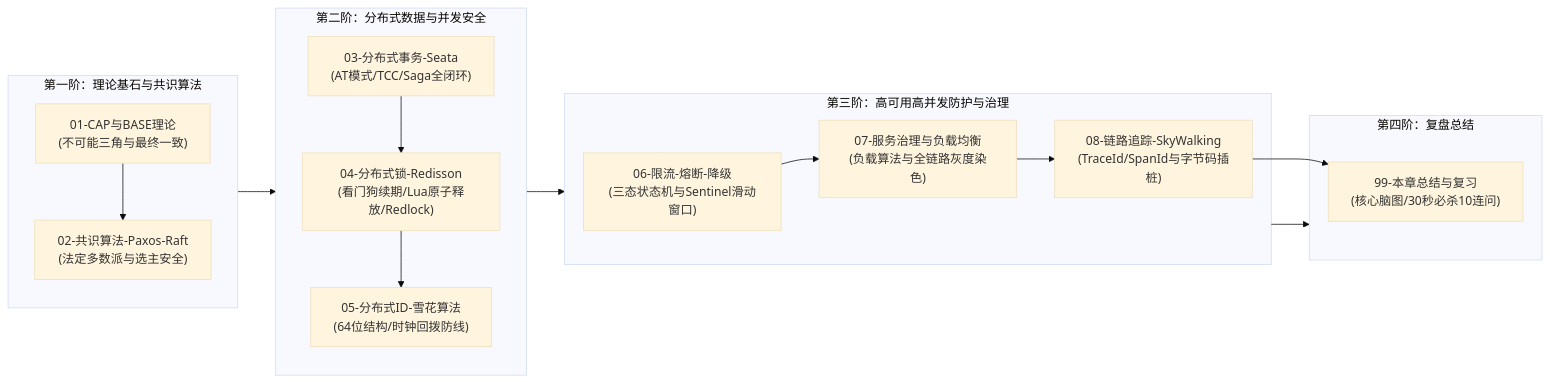
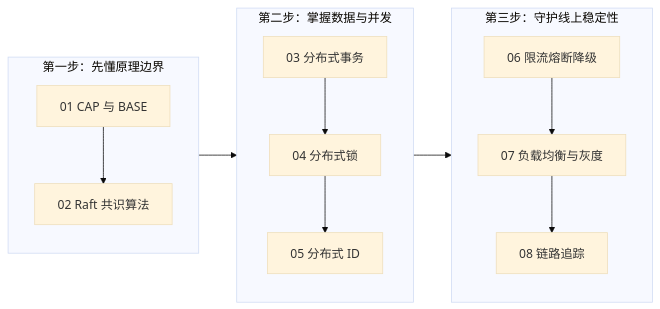
One commit to GuoWWWX/knowledge-base changed the second of 2 diagrams in 20-Java后端/07-分布式与微服务/00-分布式与微服务全景与心智模型.md. Above: the diagram before and after it, drawn with Mermaid (base theme). The commit also changed other lines of this file and 251 other files, not shown here.

````diff
--- a/20-Java后端/07-分布式与微服务/00-分布式与微服务全景与心智模型.md
+++ b/20-Java后端/07-分布式与微服务/00-分布式与微服务全景与心智模型.md
@@ -71,22 +109,18 @@
 ```mermaid
 flowchart LR
-    subgraph 阶梯1["第一阶：理论基石与共识算法"]
-        M1["01-CAP与BASE理论\n(不可能三角与最终一致)"] --> M2["02-共识算法-Paxos-Raft\n(法定多数派与选主安全)"]
+    subgraph Step1["第一步：先懂原理边界"]
+        A1["01 CAP 与 BASE"] --> A2["02 Raft 共识算法"]
     end
 
-    subgraph 阶梯2["第二阶：分布式数据与并发安全"]
-        M3["03-分布式事务-Seata\n(AT模式/TCC/Saga全闭环)"] --> M4["04-分布式锁-Redisson\n(看门狗续期/Lua原子释放/Redlock)"]
-        M4 --> M5["05-分布式ID-雪花算法\n(64位结构/时钟回拨防线)"]
+    subgraph Step2["第二步：掌握数据与并发"]
+        B1["03 分布式事务"] --> B2["04 分布式锁"]
+        B2 --> B3["05 分布式 ID"]
     end
 
-    subgraph 阶梯3["第三阶：高可用高并发防护与治理"]
-        M6["06-限流-熔断-降级\n(三态状态机与Sentinel滑动窗口)"] --> M7["07-服务治理与负载均衡\n(负载算法与全链路灰度染色)"]
-        M7 --> M8["08-链路追踪-SkyWalking\n(TraceId/SpanId与字节码插桩)"]
+    subgraph Step3["第三步：守护线上稳定性"]
+        C1["06 限流熔断降级"] --> C2["07 负载均衡与灰度"]
+        C2 --> C3["08 链路追踪"]
     end
 
-    subgraph 阶梯4["第四阶：复盘总结"]
-        M8 --> M99["99-本章总结与复习\n(核心脑图/30秒必杀10连问)"]
-    end
-
-    阶梯1 --> 阶梯2 --> 阶梯3 --> 阶梯4
+    Step1 --> Step2 --> Step3
 ```
````
